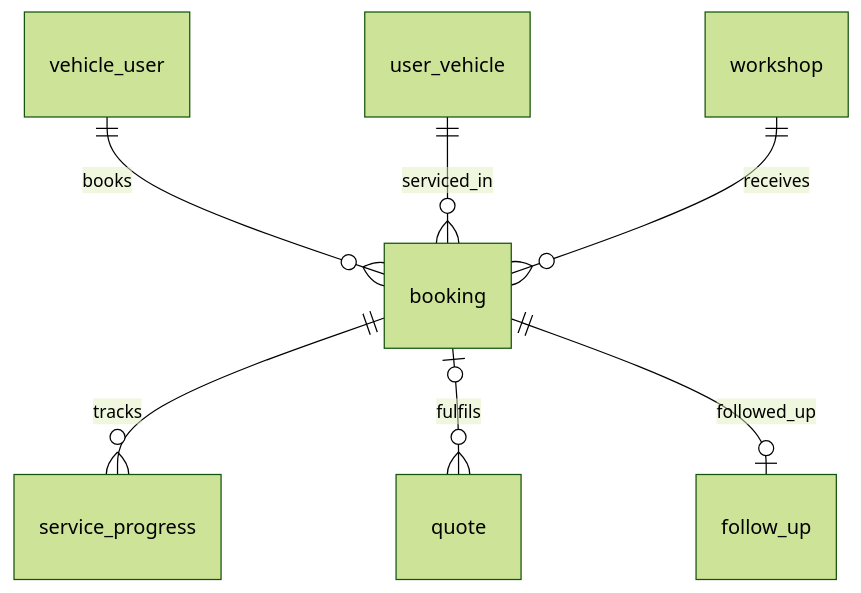
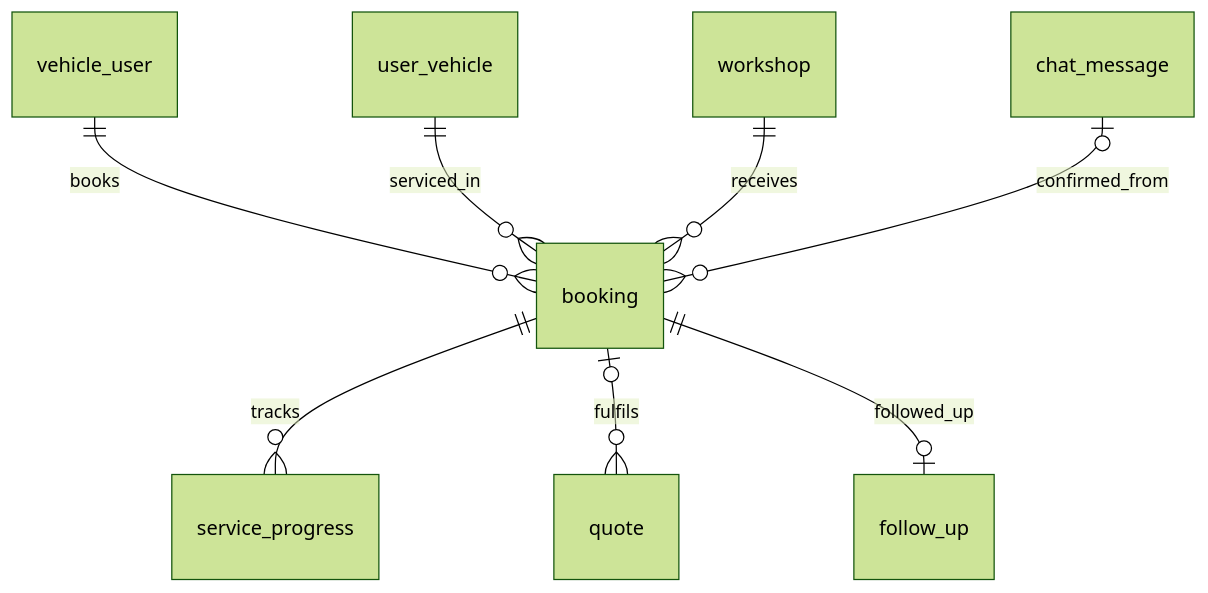
The first of 2 diagrams in docs/specs/entity/maintenance/booking.entity.md (tungld9999blacksmith/mvp-40-days-deployments-team-146), drawn with Mermaid (forest theme) before and after one commit. The commit also changed other lines of this file and 1118 other files, not shown here.

````diff
--- a/docs/specs/entity/maintenance/booking.entity.md
+++ b/docs/specs/entity/maintenance/booking.entity.md
@@ -108,9 +128,10 @@
 ```mermaid
 erDiagram
     vehicle_user ||--o{ booking          : "books"
     user_vehicle ||--o{ booking          : "serviced_in"
     workshop     ||--o{ booking          : "receives"
     booking      ||--o{ service_progress : "tracks"
     booking      |o--o{ quote            : "fulfils"
     booking      ||--o| follow_up        : "followed_up"
+    chat_message |o--o{ booking          : "confirmed_from"
 ```
````
